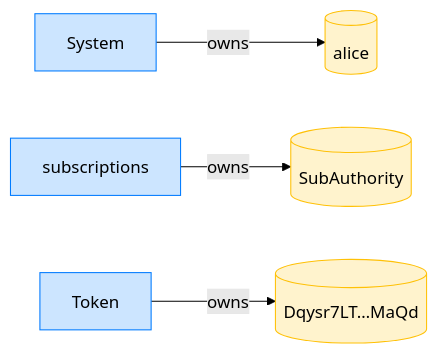
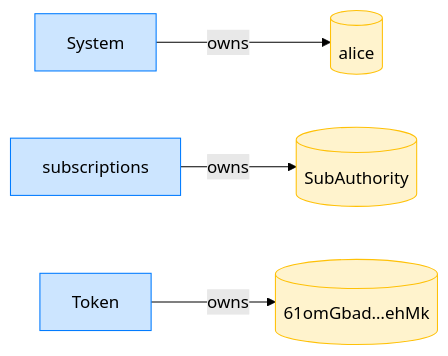
Before and after one commit to cds-rs/subscriptions: the fourth of 8 diagrams in dsl_tests/transfer-subscription--a-zero-amount-is-refused.md, drawn with Mermaid (forest theme). The commit also changed other lines of this file and 224 other files, not shown here.

````diff
--- a/dsl_tests/transfer-subscription--a-zero-amount-is-refused.md
+++ b/dsl_tests/transfer-subscription--a-zero-amount-is-refused.md
@@ -73,14 +78,14 @@
 ```mermaid
 flowchart LR
     classDef owner fill:#cce5ff,stroke:#007bff;
     classDef account fill:#fff3cd,stroke:#ffc107;
     System[System]:::owner
     alice[(alice)]:::account
     subscriptions[subscriptions]:::owner
     SubAuthority[(SubAuthority)]:::account
     Token[Token]:::owner
-    Dqysr7LT_MaQd[("Dqysr7LT…MaQd")]:::account
+    61omGbad_ehMk[("61omGbad…ehMk")]:::account
     System -->|owns| alice
     subscriptions -->|owns| SubAuthority
-    Token -->|owns| Dqysr7LT_MaQd
+    Token -->|owns| 61omGbad_ehMk
 ```
````
